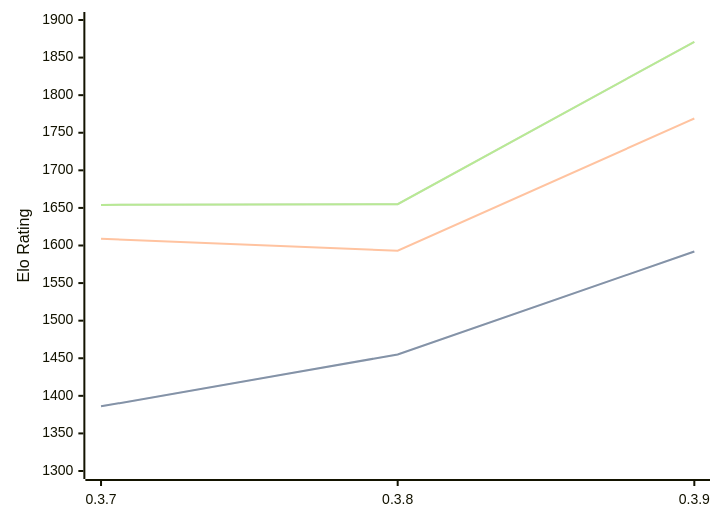
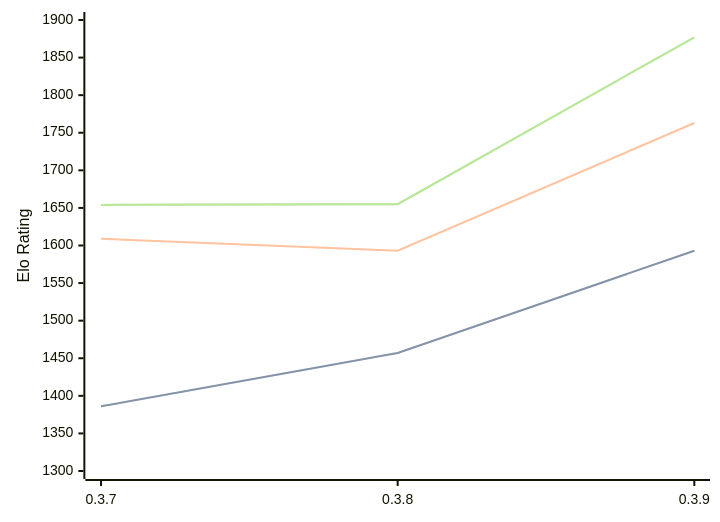
One commit to computer-chess-index/cci changed the diagram in engines/Arche.md. Above: the diagram before and after it, drawn with Mermaid. The commit also changed other lines of this file, not shown here.

Commit message:
Update CCI Ratings (ELO VLTC) - 2026-08-23

````diff
--- a/engines/Arche.md
+++ b/engines/Arche.md
@@ -33,11 +34,11 @@
 ```mermaid
 %%{init: {"theme":"base","themeVariables":{"seriesColors:['#a3a3a3','#222221','#faa371']}}}%%
 xychart-beta
   x-axis ["0.3.7", "0.3.8", "0.3.9"]
   y-axis "Elo Rating" 1300 --> 1900
-  line "STC (8.0+0.08s)" [1386, 1455, 1592]
-  line "STC (8.0+0.08s)" [1386, 1455, 1592]
-  line "LTC (60.0+0.60s)" [1609, 1593, 1769]
-  line "VLTC (2m24s+1.12s)" [1654, 1655, 1871]
-  line "VLTC (2m24s+1.12s)" [1654, 1655, 1871]
+  line "STC (8.0+0.08s)" [1386, 1457, 1593]
+  line "STC (8.0+0.08s)" [1386, 1457, 1593]
+  line "LTC (60.0+0.60s)" [1609, 1593, 1763]
+  line "VLTC (2m24s+1.12s)" [1654, 1655, 1877]
+  line "VLTC (2m24s+1.12s)" [1654, 1655, 1877]
 ```
````
